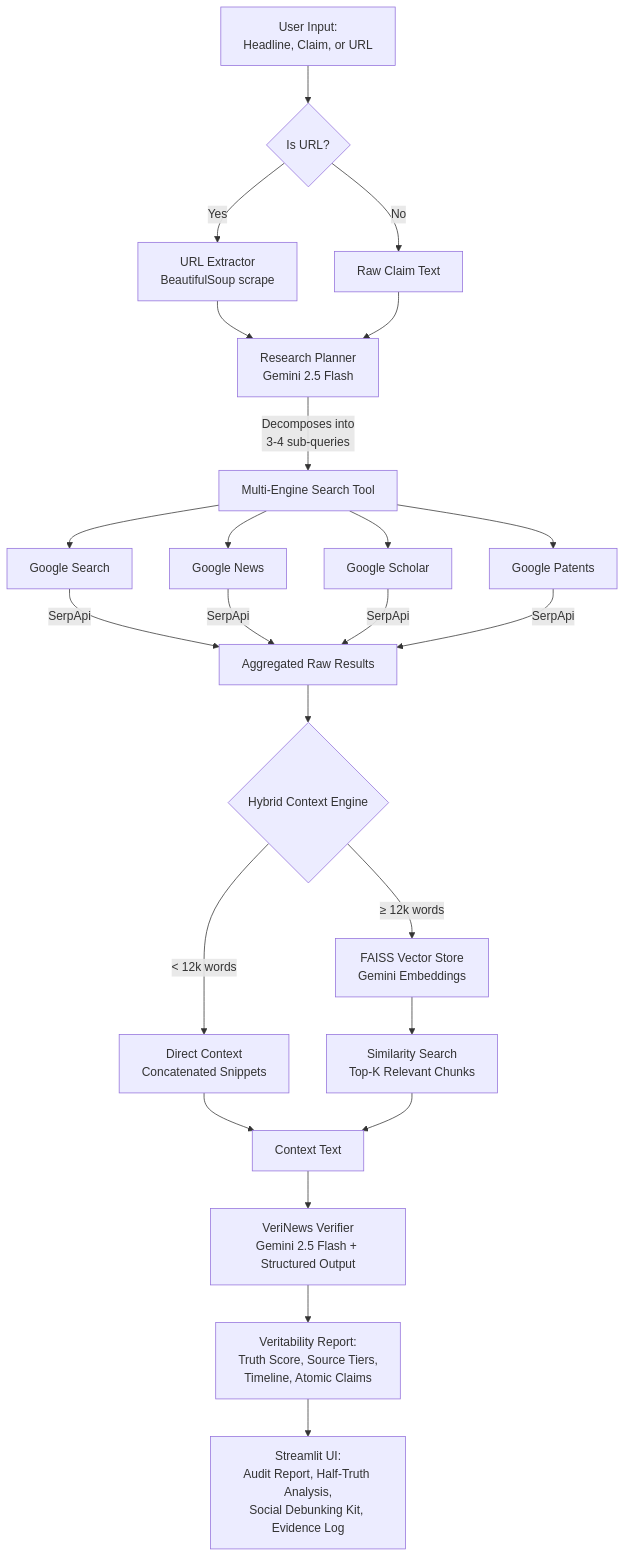
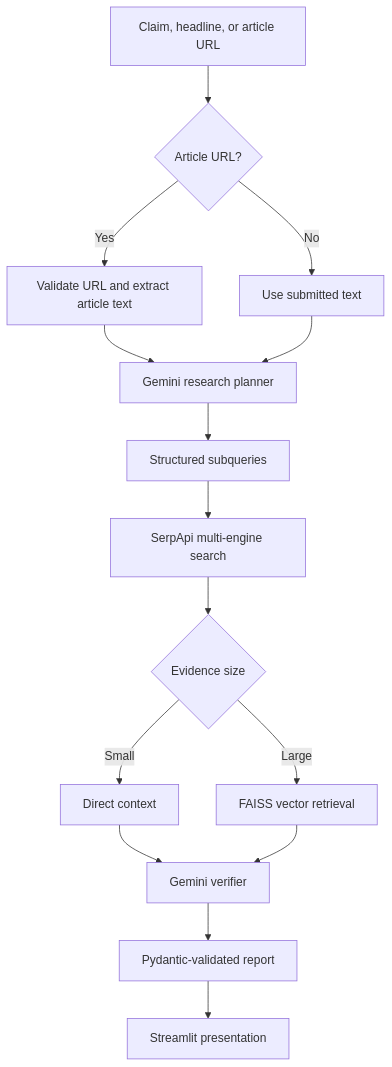
One commit to fafnirkyu/verinewsai changed the diagram in README.md. Above: the diagram before and after it, drawn with Mermaid. The commit also changed other lines of this file, not shown here.

````diff
--- a/README.md
+++ b/README.md
@@ -40,29 +28,17 @@
 ```mermaid
 flowchart TD
-    A[User Input:<br/>Headline, Claim, or URL] --> B{Is URL?}
-    B -->|Yes| C[URL Extractor<br/>BeautifulSoup scrape]
-    B -->|No| D[Raw Claim Text]
-    C --> E[Research Planner<br/>Gemini 2.5 Flash]
+    A[Claim, headline, or article URL] --> B{Article URL?}
+    B -->|Yes| C[Validate URL and extract article text]
+    B -->|No| D[Use submitted text]
+    C --> E[Gemini research planner]
     D --> E
-
-    E -->|Decomposes into<br/>3-4 sub-queries| F[Multi-Engine Search Tool]
-
-    F --> G1[Google Search]
-    F --> G2[Google News]
-    F --> G3[Google Scholar]
-    F --> G4[Google Patents]
-
-    G1 & G2 & G3 & G4 -->|SerpApi| H[Aggregated Raw Results]
-
-    H --> I{Hybrid Context Engine}
-    I -->|"< 12k words"| J[Direct Context<br/>Concatenated Snippets]
-    I -->|"≥ 12k words"| K[FAISS Vector Store<br/>Gemini Embeddings]
-    K --> L[Similarity Search<br/>Top-K Relevant Chunks]
-
-    J --> M[Context Text]
-    L --> M
-
-    M --> N[VeriNews Verifier<br/>Gemini 2.5 Flash + Structured Output]
-    N --> O[Veritability Report:<br/>Truth Score, Source Tiers,<br/>Timeline, Atomic Claims]
-    O --> P[Streamlit UI:<br/>Audit Report, Half-Truth Analysis,<br/>Social Debunking Kit, Evidence Log]
+    E --> F[Structured subqueries]
+    F --> G[SerpApi multi-engine search]
+    G --> H{Evidence size}
+    H -->|Small| I[Direct context]
+    H -->|Large| J[FAISS vector retrieval]
+    I --> K[Gemini verifier]
+    J --> K
+    K --> L[Pydantic-validated report]
+    L --> M[Streamlit presentation]
 ```
````
